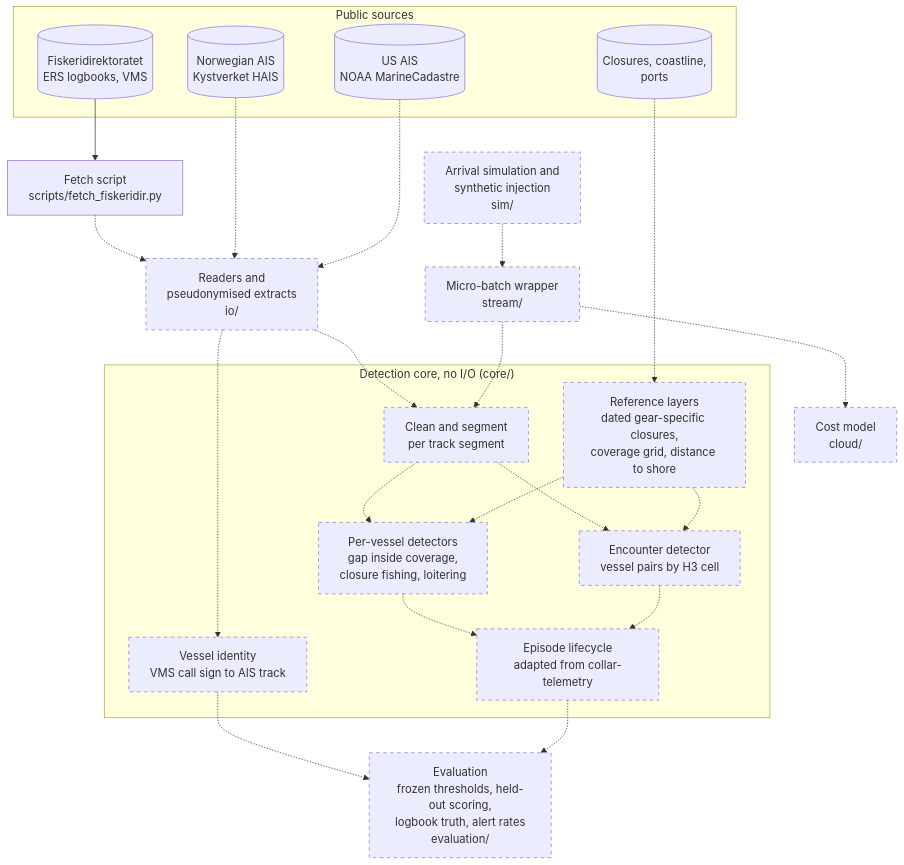
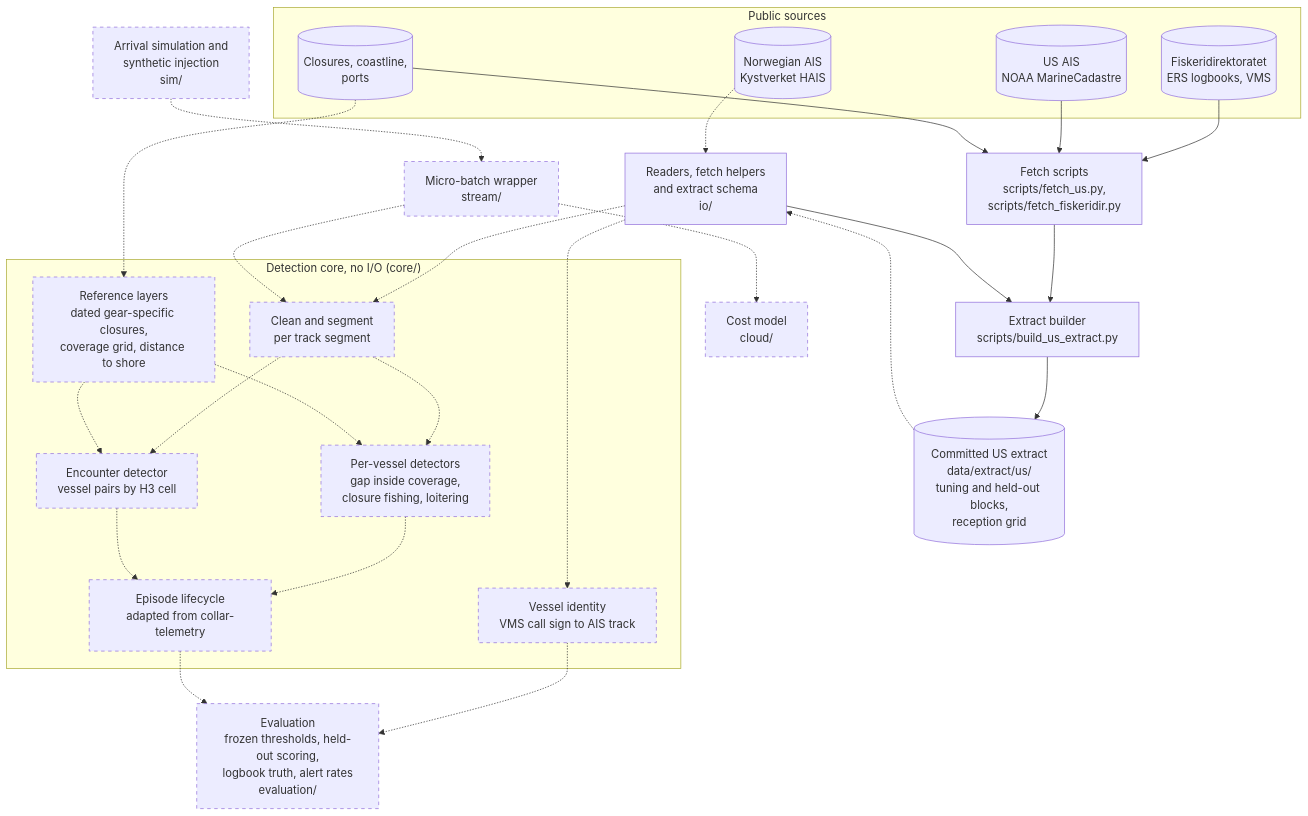
Before and after one commit to benmacp123/vessel-anomaly: the diagram in README.md, drawn with Mermaid. The commit also changed other lines of this file and 8 other files, not shown here.

Commit message:
Enhance README and add US extract provenance documentation; implement scripts for building and fetching US data with corresponding tests

````diff
--- a/README.md
+++ b/README.md
@@ -30,48 +31,54 @@
 ```mermaid
 flowchart TB
     subgraph sources ["Public sources"]
         hais[("Norwegian AIS<br>Kystverket HAIS")]
         noaa[("US AIS<br>NOAA MarineCadastre")]
         fdir[("Fiskeridirektoratet<br>ERS logbooks, VMS")]
         refs[("Closures, coastline,<br>ports")]
     end
 
-    fetch["Fetch script<br>scripts/fetch_fiskeridir.py"]
-    io["Readers and<br>pseudonymised extracts<br>io/"]
+    fetch["Fetch scripts<br>scripts/fetch_us.py,<br>scripts/fetch_fiskeridir.py"]
+    build["Extract builder<br>scripts/build_us_extract.py"]
+    extract[("Committed US extract<br>data/extract/us/<br>tuning and held-out blocks,<br>reception grid")]
+    io["Readers, fetch helpers<br>and extract schema<br>io/"]
 
     subgraph core ["Detection core, no I/O (core/)"]
         clean["Clean and segment<br>per track segment"]
         layers["Reference layers<br>dated gear-specific closures,<br>coverage grid, distance to shore"]
         identity["Vessel identity<br>VMS call sign to AIS track"]
         vessel["Per-vessel detectors<br>gap inside coverage,<br>closure fishing, loitering"]
         encounter["Encounter detector<br>vessel pairs by H3 cell"]
         lifecycle["Episode lifecycle<br>adapted from collar-telemetry"]
     end
 
     sim["Arrival simulation and<br>synthetic injection<br>sim/"]
     stream["Micro-batch wrapper<br>stream/"]
     evaluation["Evaluation<br>frozen thresholds, held-out scoring,<br>logbook truth, alert rates<br>evaluation/"]
     cost["Cost model<br>cloud/"]
 
     fdir --> fetch
-    fetch -.-> io
+    noaa --> fetch
+    refs --> fetch
+    fetch --> build
+    build --> extract
+    io --> build
     hais -.-> io
-    noaa -.-> io
     refs -.-> layers
+    extract -.-> io
     io -.-> clean
     io -.-> identity
     clean -.-> vessel
     clean -.-> encounter
     layers -.-> vessel
     layers -.-> encounter
     vessel -.-> lifecycle
     encounter -.-> lifecycle
     identity -.-> evaluation
     sim -.-> stream
     stream -.-> clean
     lifecycle -.-> evaluation
     stream -.-> cost
 
     classDef planned stroke-dasharray: 5 5
-    class io,clean,layers,identity,vessel,encounter,lifecycle,sim,stream,evaluation,cost planned
+    class clean,layers,identity,vessel,encounter,lifecycle,sim,stream,evaluation,cost planned
 ```
````
